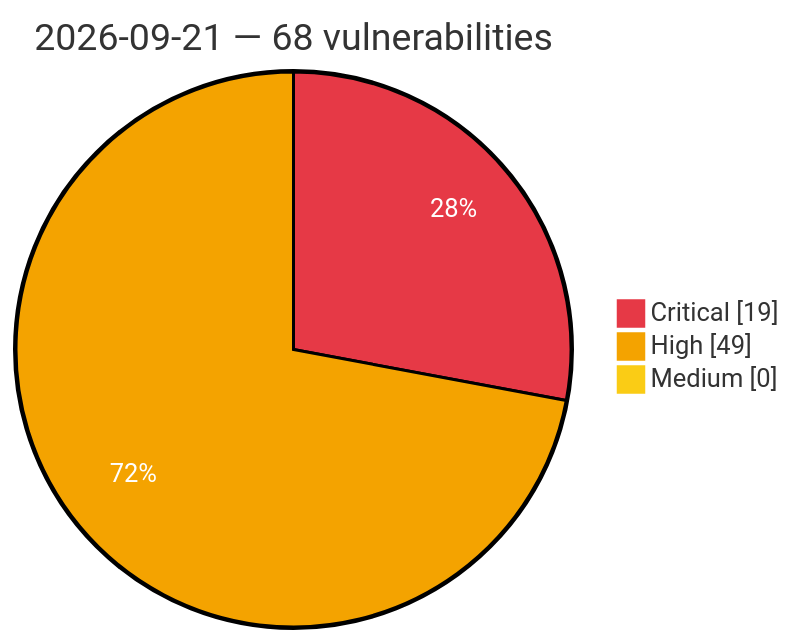
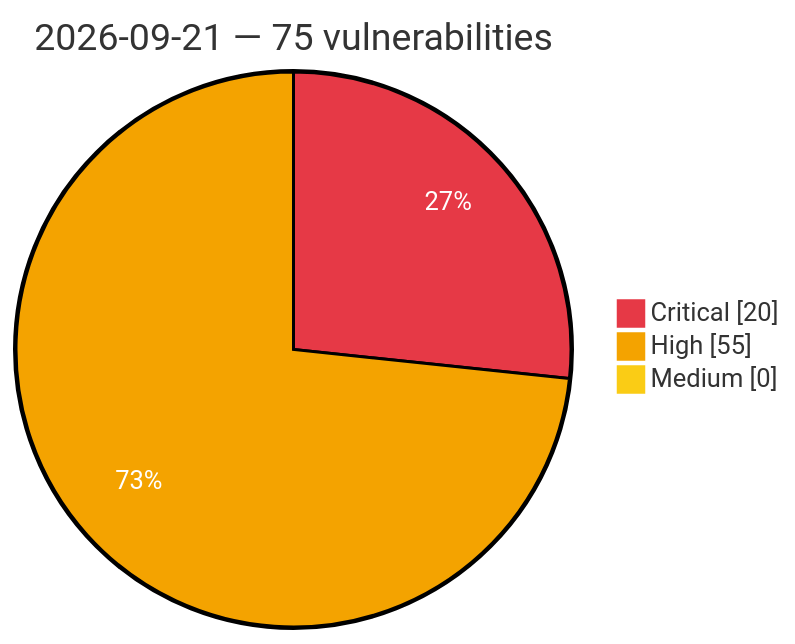
One commit to GhostX0X/vuln-tracker changed the diagram in vulnerabilities/2026/September/2026-09-21.md. Above: the diagram before and after it, drawn with Mermaid. The commit also changed other lines of this file and 5 other files, not shown here.

Commit message:
Auto update: critical/high vulns (2026-09-22 00:59 UTC)

````diff
--- a/vulnerabilities/2026/September/2026-09-21.md
+++ b/vulnerabilities/2026/September/2026-09-21.md
@@ -3,8 +3,8 @@
 ```mermaid
 %%{init: {'theme':'base', 'themeVariables': {'pie1':'#e63946', 'pie2':'#f4a300', 'pie3':'#facc15', 'pieOpacity':'1', 'pieOuterStrokeWidth':'2px', 'pieSectionTextColor':'#ffffff'}}}%%
 pie showData
-    title 2026-09-21 — 68 vulnerabilities
-    "Critical" : 19
-    "High" : 49
+    title 2026-09-21 — 75 vulnerabilities
+    "Critical" : 20
+    "High" : 55
     "Medium" : 0
 ```
````
